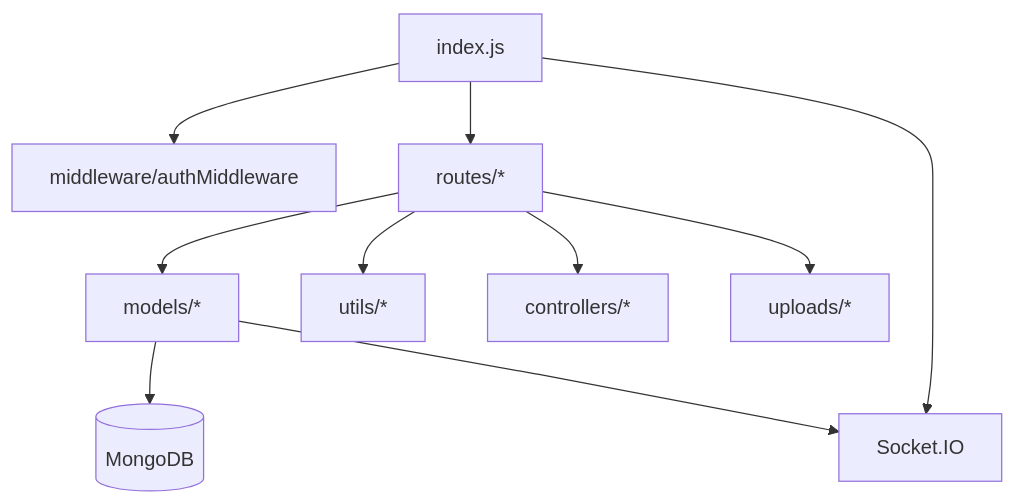
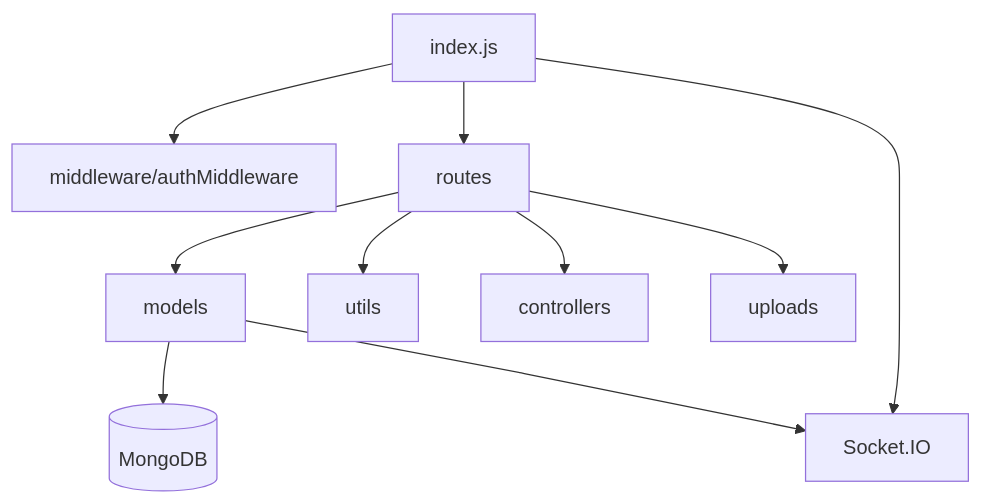
Before and after one commit to gobinath-sketch/system001: the sixth of 6 diagrams in README.md, drawn with Mermaid. The commit also changed other lines of this file, not shown here.

````diff
--- a/README.md
+++ b/README.md
@@ -156,13 +155,12 @@
 ```mermaid
-flowchart TB
-  IDX[index.js]
-  IDX --> MID[middleware/authMiddleware]
-  IDX --> ROUTES[routes/*]
-  ROUTES --> MODELS[models/*]
-  ROUTES --> UTILS[utils/*]
-  ROUTES --> CTRL[controllers/*]
-  MODELS --> DB[(MongoDB)]
-  ROUTES --> UP[uploads/*]
-  IDX --> IO[Socket.IO]
-  MODELS --> IO
+graph TB;
+  IDX["index.js"] --> MID["middleware/authMiddleware"];
+  IDX --> ROUTES["routes"];
+  ROUTES --> MODELS["models"];
+  ROUTES --> UTILS["utils"];
+  ROUTES --> CTRL["controllers"];
+  MODELS --> DB[("MongoDB")];
+  ROUTES --> UP["uploads"];
+  IDX --> IO["Socket.IO"];
+  MODELS --> IO;
 ```
````
